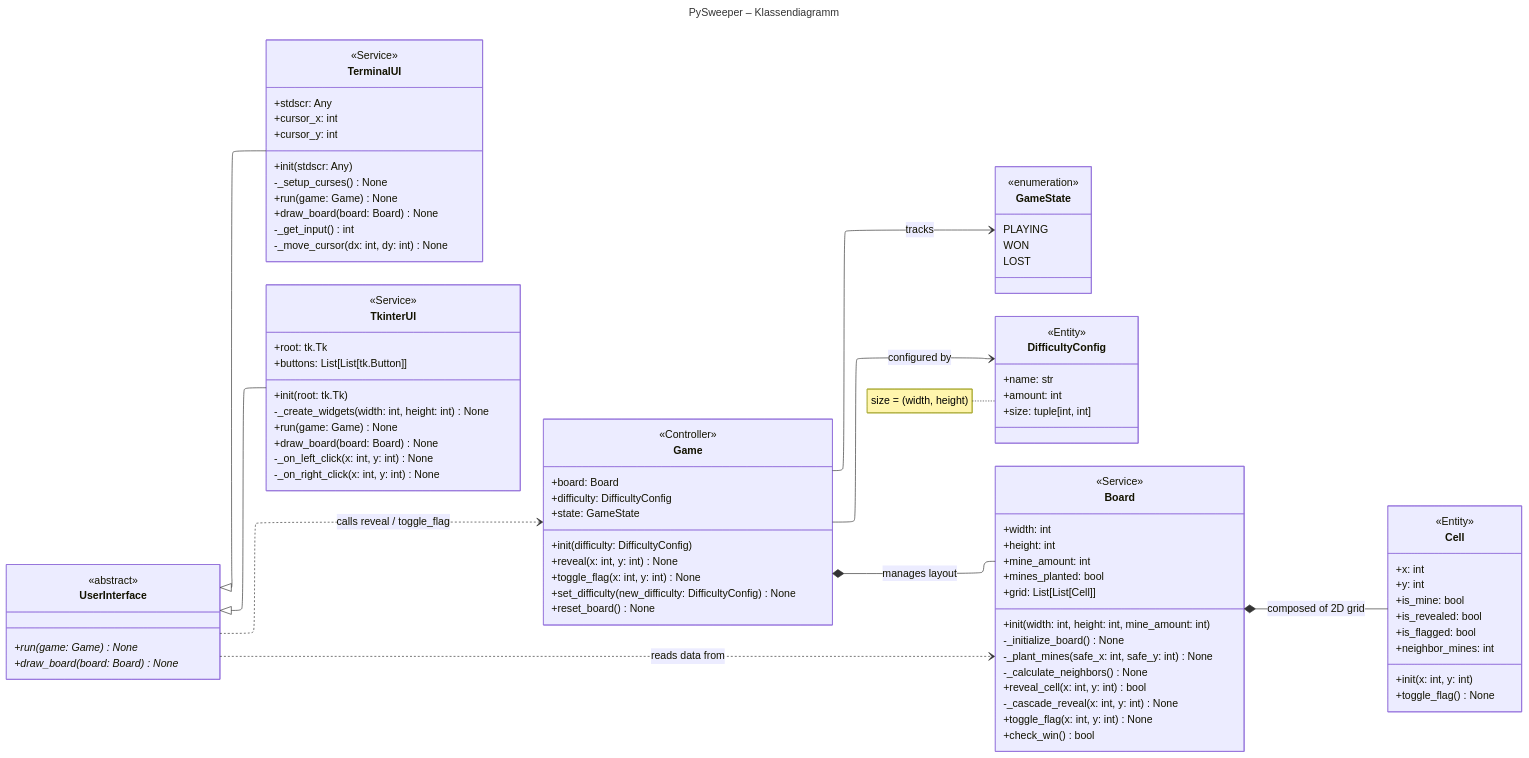
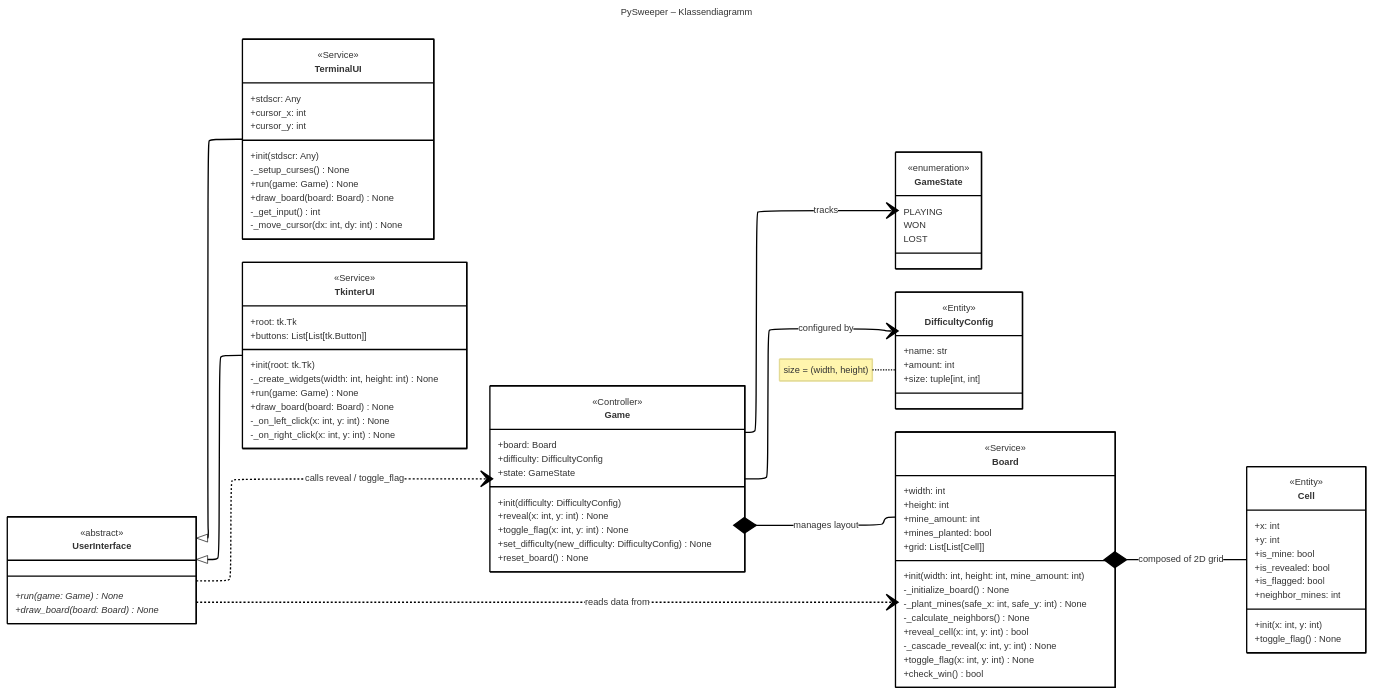
One commit to hydrUsD/pysweeper changed the diagram in pysweeper-class-diagram.mmd. Above: the diagram before and after it, drawn with Mermaid.

Commit message:
Add theme configuration to class diagram

```diff
--- a/pysweeper-class-diagram.mmd
+++ b/pysweeper-class-diagram.mmd
@@ -1,103 +1,104 @@
 ---
 title: PySweeper – Klassendiagramm
 config:
   layout: elk
+  theme: neo
 ---
 classDiagram
     direction LR
 
     class Game {
         <<Controller>>
         +board: Board
         +difficulty: DifficultyConfig
         +state: GameState
         +init(difficulty: DifficultyConfig)
         +reveal(x: int, y: int) None
         +toggle_flag(x: int, y: int) None
         +set_difficulty(new_difficulty: DifficultyConfig) None
         +reset_board() None
     }
 
     class GameState {
         <<enumeration>>
         PLAYING
         WON
         LOST
     }
 
     class DifficultyConfig {
         <<Entity>>
         +name: str
         +amount: int
         +size: tuple[int, int]
     }
     note for DifficultyConfig "size = (width, height)"
 
     class Board {
         <<Service>>
         +width: int
         +height: int
         +mine_amount: int
         +mines_planted: bool
         +grid: List[List[Cell]]
         +init(width: int, height: int, mine_amount: int)
         -_initialize_board() None
         -_plant_mines(safe_x: int, safe_y: int) None
         -_calculate_neighbors() None
         +reveal_cell(x: int, y: int) bool
         -_cascade_reveal(x: int, y: int) None
         +toggle_flag(x: int, y: int) None
         +check_win() bool
     }
 
     class Cell {
         <<Entity>>
         +x: int
         +y: int
         +is_mine: bool
         +is_revealed: bool
         +is_flagged: bool
         +neighbor_mines: int
         +init(x: int, y: int)
         +toggle_flag() None
     }
 
     class UserInterface {
         <<abstract>>
         +run(game: Game)* None
         +draw_board(board: Board)* None
     }
 
     class TerminalUI {
         <<Service>>
         +stdscr: Any
         +cursor_x: int
         +cursor_y: int
         +init(stdscr: Any)
         -_setup_curses() None
         +run(game: Game) None
         +draw_board(board: Board) None
         -_get_input() int
         -_move_cursor(dx: int, dy: int) None
     }
 
     class TkinterUI {
         <<Service>>
         +root: tk.Tk
         +buttons: List[List[tk.Button]]
         +init(root: tk.Tk)
         -_create_widgets(width: int, height: int) None
         +run(game: Game) None
         +draw_board(board: Board) None
         -_on_left_click(x: int, y: int) None
         -_on_right_click(x: int, y: int) None
     }
 
     Game *-- Board : manages layout
     Game --> DifficultyConfig : configured by
     Game --> GameState : tracks
     Board *-- Cell : composed of 2D grid
     UserInterface <|-- TerminalUI
     UserInterface <|-- TkinterUI
     UserInterface ..> Game : calls reveal / toggle_flag
     UserInterface ..> Board : reads data from
```
